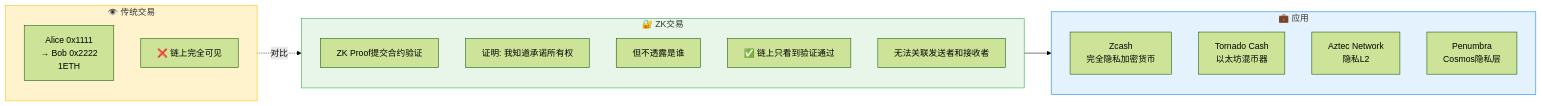
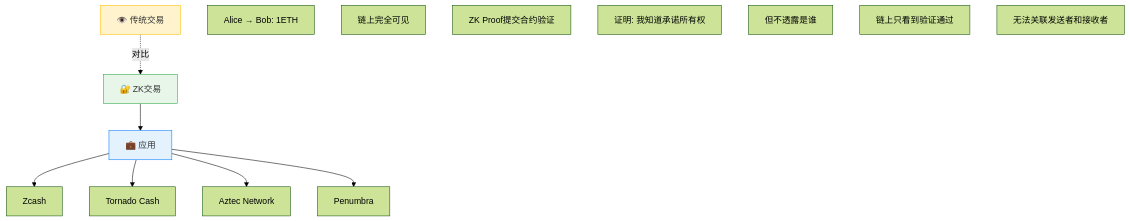
One commit to web3-wallet-org/web3-wallet-notes changed the seventh of 9 diagrams in docs/《精通以太坊》/第17章-零知识证明.md. Above: the diagram before and after it, drawn with Mermaid (forest theme). The commit also changed other lines of this file and 5 other files, not shown here.

````diff
--- a/docs/《精通以太坊》/第17章-零知识证明.md
+++ b/docs/《精通以太坊》/第17章-零知识证明.md
@@ -669,32 +625,30 @@
 ```mermaid
-graph LR
-    subgraph Traditional["👁️ 传统交易"]
-        direction TB
-        T1["Alice 0x1111<br/>→ Bob 0x2222<br/>1ETH"]
-        T2["❌ 链上完全可见"]
-    end
+graph TB
+    Traditional["👁️ 传统交易"]
+    T1["Alice → Bob: 1ETH"]
+    T2["链上完全可见"]
     
-    subgraph ZKTransaction["🔐 ZK交易"]
-        direction TB
-        Z1["ZK Proof提交合约验证"]
-        Z2["证明: 我知道承诺所有权"]
-        Z3["但不透露是谁"]
-        Z4["✅ 链上只看到验证通过"]
-        Z5["无法关联发送者和接收者"]
-    end
+    ZKTransaction["🔐 ZK交易"]
+    Z1["ZK Proof提交合约验证"]
+    Z2["证明: 我知道承诺所有权"]
+    Z3["但不透露是谁"]
+    Z4["链上只看到验证通过"]
+    Z5["无法关联发送者和接收者"]
     
-    subgraph Applications["💼 应用"]
-        direction TB
-        A1["Zcash<br/>完全隐私加密货币"]
-        A2["Tornado Cash<br/>以太坊混币器"]
-        A3["Aztec Network<br/>隐私L2"]
-        A4["Penumbra<br/>Cosmos隐私层"]
-    end
+    Applications["💼 应用"]
+    A1["Zcash"]
+    A2["Tornado Cash"]
+    A3["Aztec Network"]
+    A4["Penumbra"]
     
     Traditional -.->|对比| ZKTransaction
     ZKTransaction --> Applications
+    Applications --> A1
+    Applications --> A2
+    Applications --> A3
+    Applications --> A4
     
     style Traditional fill:#fff3cd,stroke:#ffc107,color:#333
     style ZKTransaction fill:#e8f5e9,stroke:#28a745,color:#333
     style Applications fill:#e3f2fd,stroke:#007bff,color:#333
 ```
````
